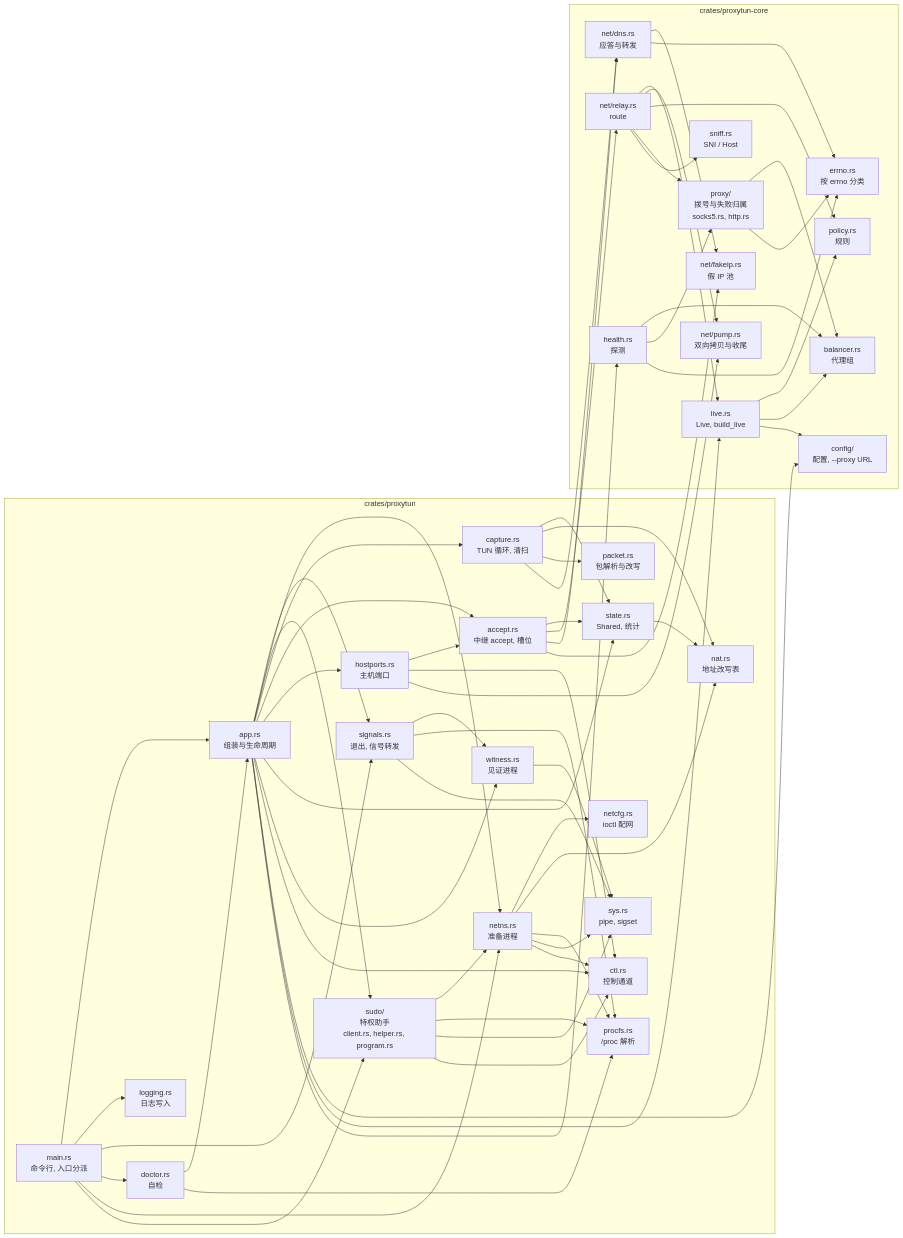
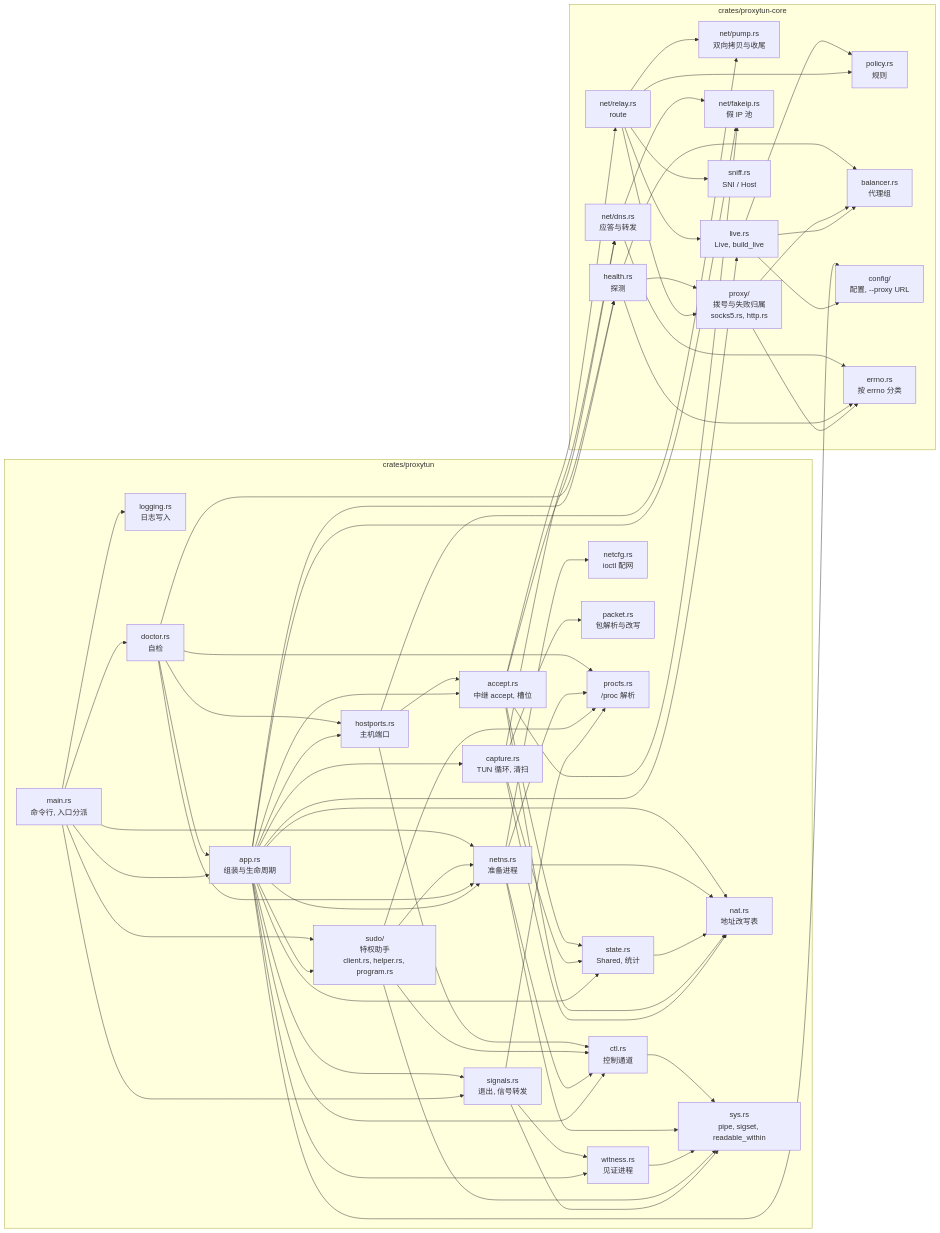
Before and after one commit to moonshawdo/proxytun: the diagram in docs/architecture/modules.md, drawn with Mermaid. The commit also changed other lines of this file and 14 other files, not shown here.

````diff
--- a/docs/architecture/modules.md
+++ b/docs/architecture/modules.md
@@ -28,20 +28,24 @@
         SIG --> WIT
         MAIN --> DOC["doctor.rs<br/>自检"]
         DOC --> APP
+        DOC --> NETNS
+        DOC --> HP
         NETNS --> NETCFG["netcfg.rs<br/>ioctl 配网"]
         SUDO --> NETNS
         CAP --> STATE
         ACC --> STATE
         HP --> ACC
         CAP --> NAT["nat.rs<br/>地址改写表"]
+        ACC --> NAT
         STATE --> NAT
         NETNS --> NAT
+        APP --> NAT
         CAP --> PKT["packet.rs<br/>包解析与改写"]
         SIG --> PFS["procfs.rs<br/>/proc 解析"]
         SUDO --> PFS
         NETNS --> PFS
         DOC --> PFS
-        SIG --> SYS["sys.rs<br/>pipe, sigset"]
+        SIG --> SYS["sys.rs<br/>pipe, sigset, readable_within"]
         SUDO --> SYS
         WIT --> SYS
         NETNS --> SYS
@@ -49,6 +53,7 @@
         NETNS --> CTL
         SUDO --> CTL
         HP --> CTL
+        CTL --> SYS
     end
     subgraph CORE["crates/proxytun-core"]
         RELAY["net/relay.rs<br/>route"]
@@ -89,4 +94,6 @@
     APP --> CFG
     APP --> LIVE
     APP --> HEA
+    APP --> FAKE
+    DOC --> HEA
 ```
````
